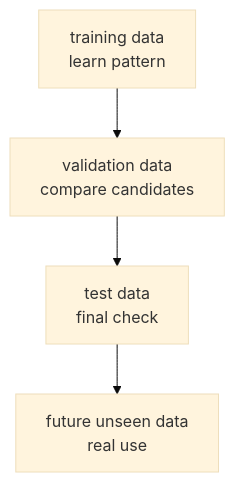
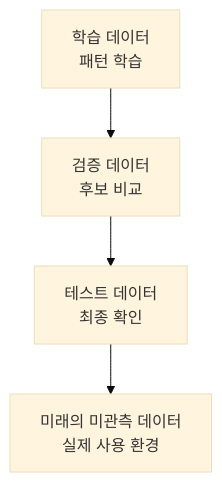
Before and after one commit to devchan64/AiBook: the second of 3 diagrams in docs/parts/part-04/chapter-05/section-02.md, drawn with Mermaid (base theme). The commit also changed other lines of this file and 72 other files, not shown here.

````diff
--- a/docs/parts/part-04/chapter-05/section-02.md
+++ b/docs/parts/part-04/chapter-05/section-02.md
@@ -174,11 +174,11 @@
 ```mermaid
 flowchart TB
-  A["training data<br/>learn pattern"]
-  B["validation data<br/>compare candidates"]
-  C["test data<br/>final check"]
-  D["future unseen data<br/>real use"]
+  A["학습 데이터<br/>패턴 학습"]
+  B["검증 데이터<br/>후보 비교"]
+  C["테스트 데이터<br/>최종 확인"]
+  D["미래의 미관측 데이터<br/>실제 사용 환경"]
 
   A --> B
   B --> C
   C --> D
 ```
````
